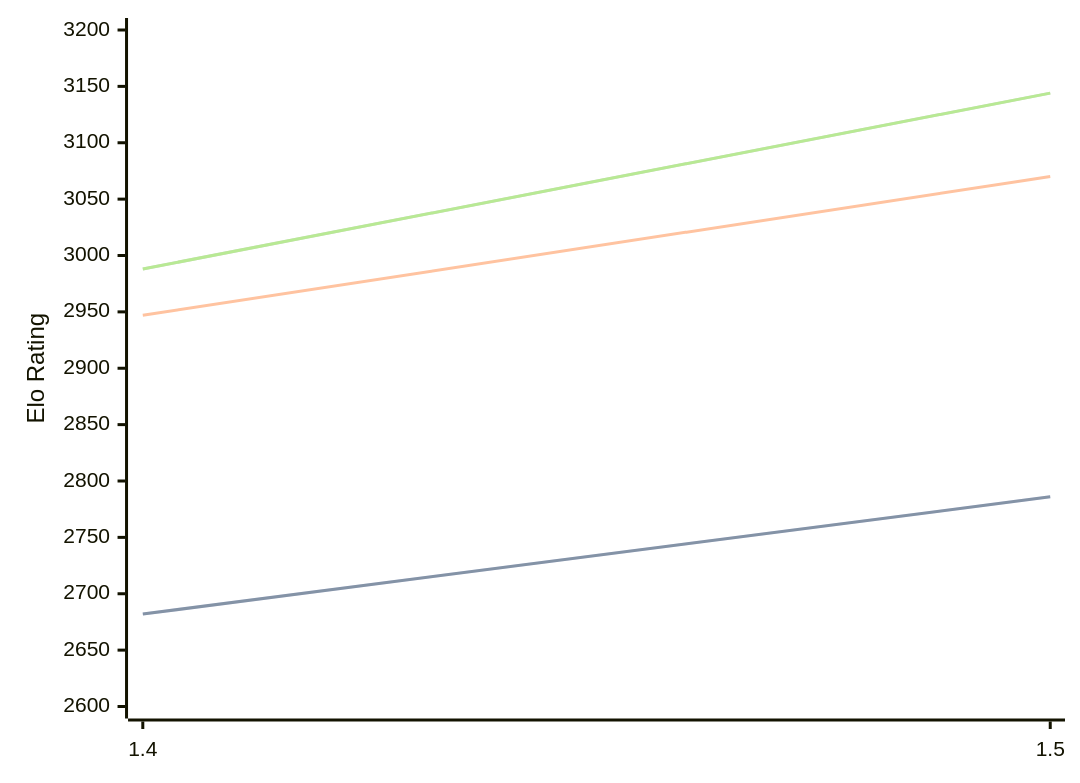
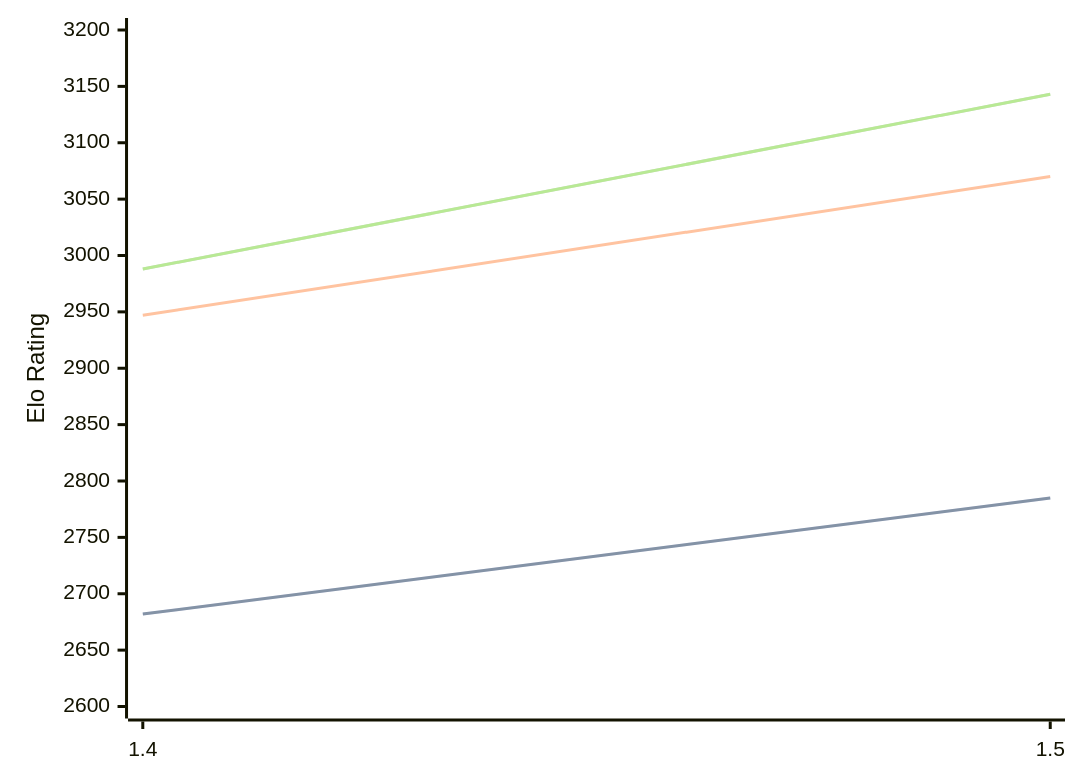
Before and after one commit to computer-chess-index/cci: the diagram in engines/Yakka.md, drawn with Mermaid. The commit also changed other lines of this file, not shown here.

Commit message:
Update CCI Ratings (ELO VLTC) - 2026-03-22

````diff
--- a/engines/Yakka.md
+++ b/engines/Yakka.md
@@ -36,11 +36,11 @@
 ```mermaid
 %%{init: {"theme":"base","themeVariables":{"seriesColors:['#a3a3a3','#222221','#faa371']}}}%%
 xychart-beta
   x-axis ["1.4", "1.5"]
   y-axis "Elo Rating" 2600 --> 3200
-  line "STC (8.0+0.08s)" [2682, 2786]
-  line "STC (8.0+0.08s)" [2682, 2786]
+  line "STC (8.0+0.08s)" [2682, 2785]
+  line "STC (8.0+0.08s)" [2682, 2785]
   line "LTC (60.0+0.60s)" [2947, 3070]
-  line "VLTC (2m24s+1.12s)" [2988, 3144]
-  line "VLTC (2m24s+1.12s)" [2988, 3144]
+  line "VLTC (2m24s+1.12s)" [2988, 3143]
+  line "VLTC (2m24s+1.12s)" [2988, 3143]
 ```
````
